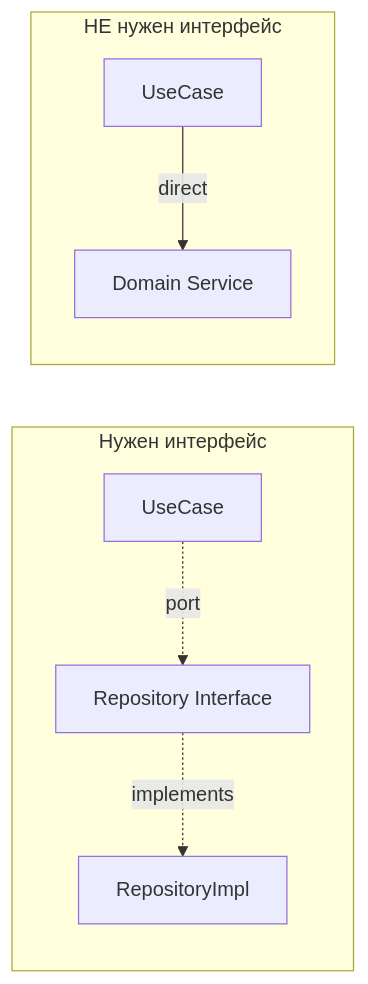
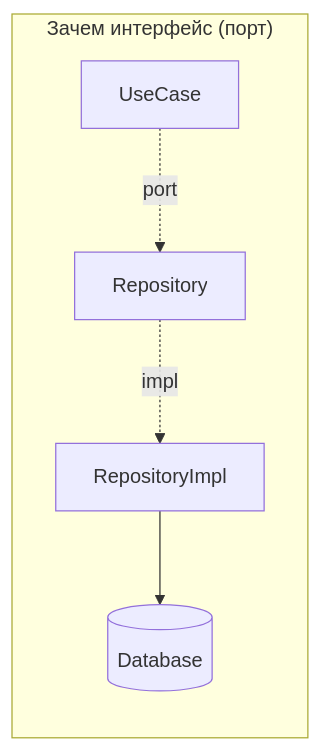
Before and after one commit to z0rgoyok/clean-architecture-domain-service: the third of 6 diagrams in README.md, drawn with Mermaid. The commit also changed other lines of this file, not shown here.

Commit message:
Refactor: remove duplicates, improve reasoning flow

````diff
--- a/README.md
+++ b/README.md
@@ -101,11 +106,8 @@
 ```mermaid
 graph LR
-    subgraph "Нужен интерфейс"
-        UC1[UseCase] -.->|port| I1[Repository Interface]
-        I1 -.->|implements| R1[RepositoryImpl]
-    end
-
-    subgraph "НЕ нужен интерфейс"
-        UC2[UseCase] -->|direct| DS2[Domain Service]
+    subgraph PORT["Зачем интерфейс (порт)"]
+        UC1[UseCase] -.->|port| I1[Repository]
+        I1 -.->|impl| R1[RepositoryImpl]
+        R1 --> DB[(Database)]
     end
 ```
````
